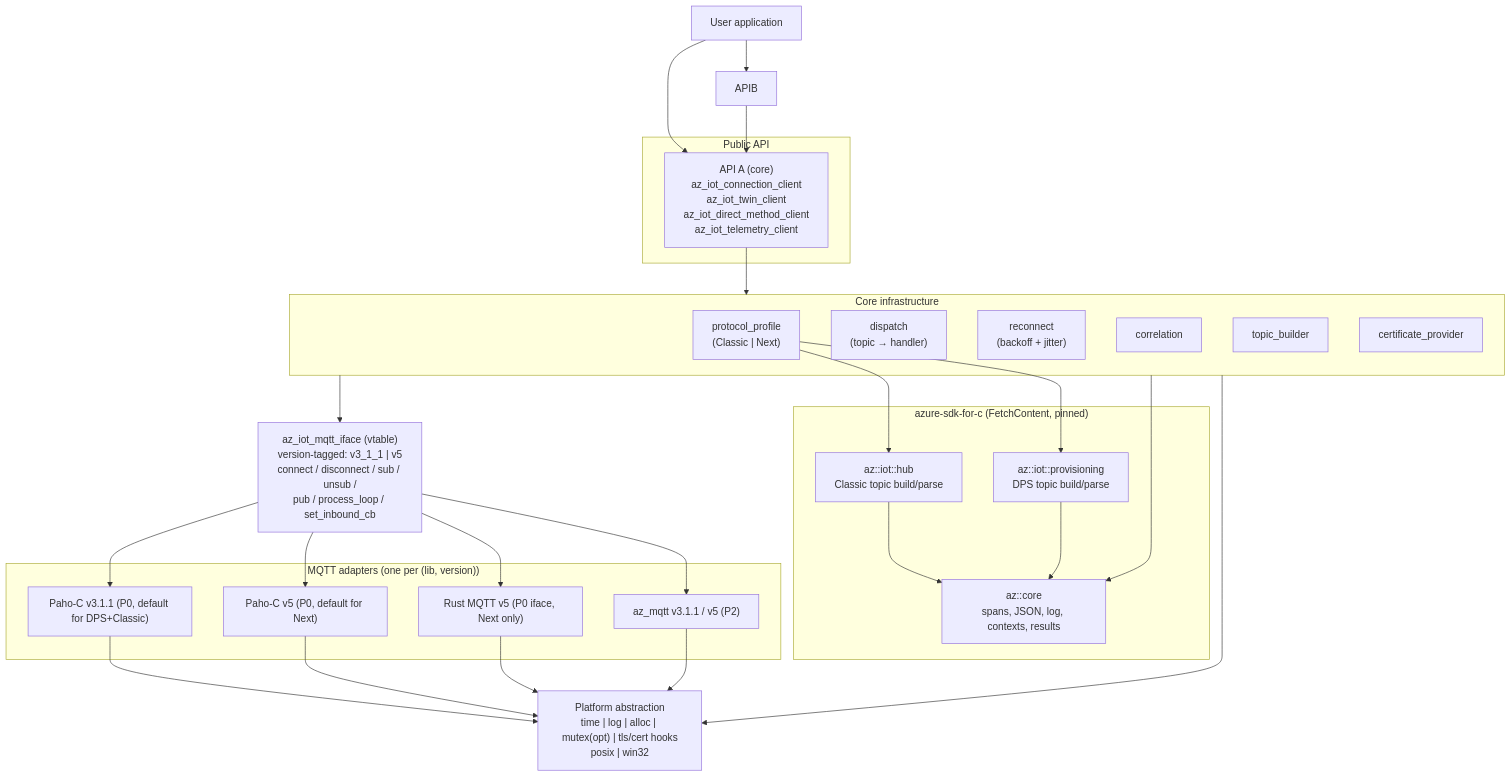
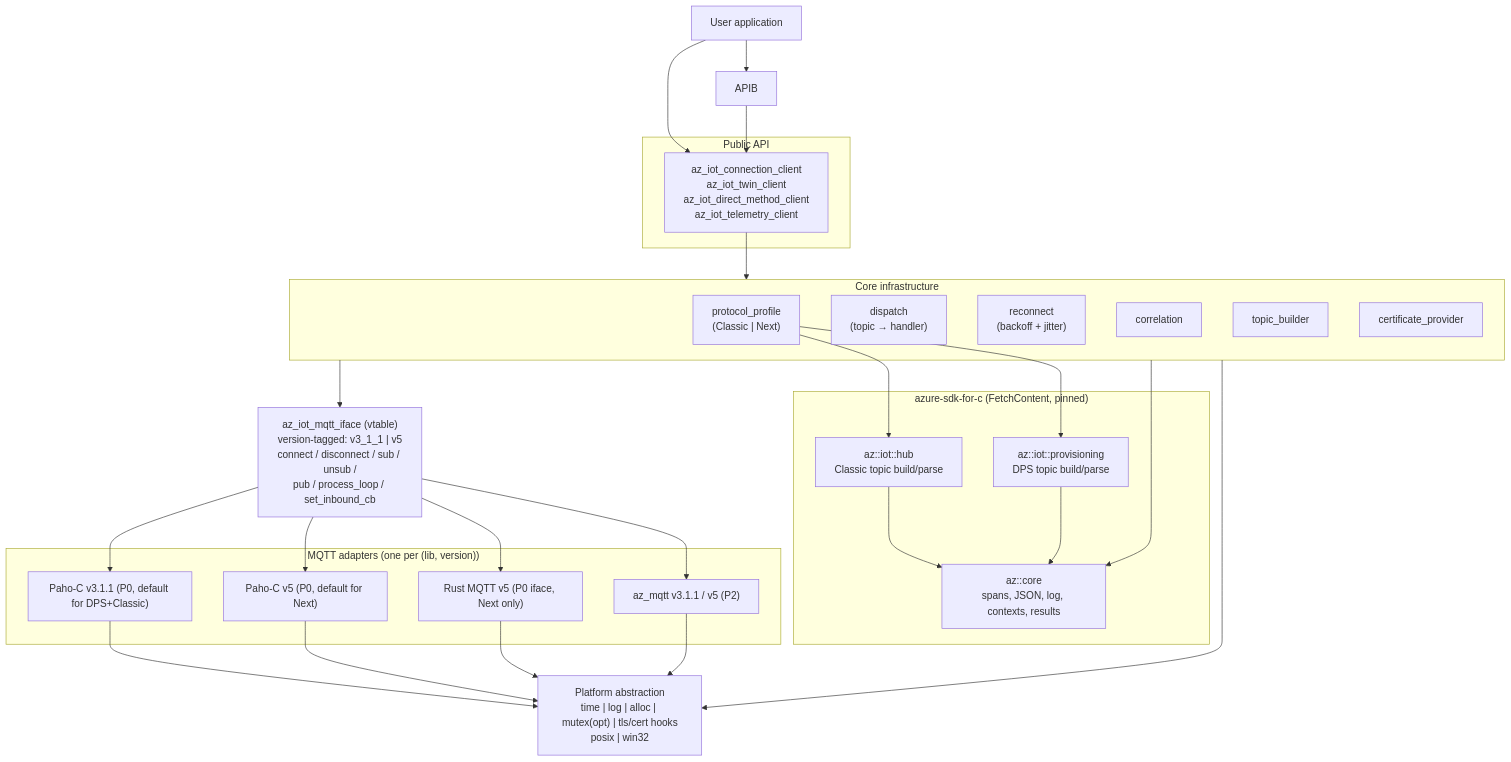
Before and after one commit to Azure/azure-iot-sdk: the first of 4 diagrams in c/docs/design.md, drawn with Mermaid. The commit also changed other lines of this file and 11 other files, not shown here.

First line of the commit message:
Remove the last remnants of the "easy" API B layer

````diff
--- a/c/docs/design.md
+++ b/c/docs/design.md
@@ -23,55 +20,54 @@
 ```mermaid
 flowchart TB
     APP["User application"]
 
     subgraph PUB["Public API"]
-        %% API B (easy) removed in remove-easy-api branch
-        APIA["API A (core)<br/>az_iot_connection_client<br/>az_iot_twin_client<br/>az_iot_direct_method_client<br/>az_iot_telemetry_client"]
+        APIA["az_iot_connection_client<br/>az_iot_twin_client<br/>az_iot_direct_method_client<br/>az_iot_telemetry_client"]
     end
 
     subgraph CORE["Core infrastructure"]
         PROFILE["protocol_profile<br/>(Classic | Next)"]
         DISPATCH["dispatch<br/>(topic → handler)"]
         RECONNECT["reconnect<br/>(backoff + jitter)"]
         CORR["correlation"]
         TOPIC["topic_builder"]
         CERT["certificate_provider"]
     end
 
     subgraph AZSDK["azure-sdk-for-c (FetchContent, pinned)"]
         AZCORE["az::core<br/>spans, JSON, log, contexts, results"]
         AZHUB["az::iot::hub<br/>Classic topic build/parse"]
         AZDPS["az::iot::provisioning<br/>DPS topic build/parse"]
     end
 
     IFACE["az_iot_mqtt_iface (vtable)<br/>version-tagged: v3_1_1 | v5<br/>connect / disconnect / sub / unsub /<br/>pub / process_loop / set_inbound_cb"]
 
     subgraph ADAPT["MQTT adapters (one per (lib, version))"]
         PAHO3["Paho-C v3.1.1 (P0, default for DPS+Classic)"]
         PAHO5["Paho-C v5 (P0, default for Next)"]
         RUST5["Rust MQTT v5 (P0 iface, Next only)"]
         AZMQTT["az_mqtt v3.1.1 / v5 (P2)"]
     end
 
     PLAT["Platform abstraction<br/>time | log | alloc | mutex(opt) | tls/cert hooks<br/>posix | win32"]
 
     APP --> APIB
     APP --> APIA
     APIB --> APIA
     APIA --> CORE
     CORE --> AZCORE
     PROFILE --> AZHUB
     PROFILE --> AZDPS
     AZHUB --> AZCORE
     AZDPS --> AZCORE
     CORE --> IFACE
     IFACE --> PAHO3
     IFACE --> PAHO5
     IFACE --> RUST5
     IFACE --> AZMQTT
     PAHO3 --> PLAT
     PAHO5 --> PLAT
     RUST5 --> PLAT
     AZMQTT --> PLAT
     CORE --> PLAT
 ```
````
